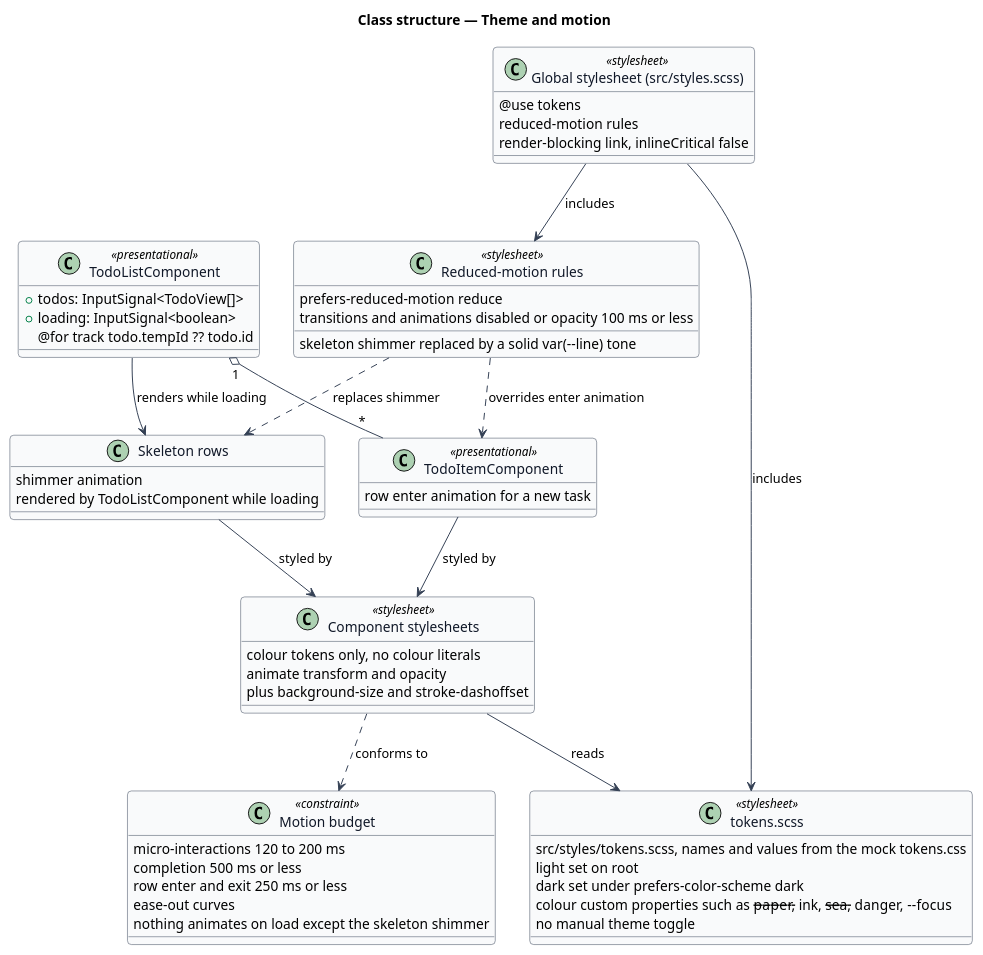
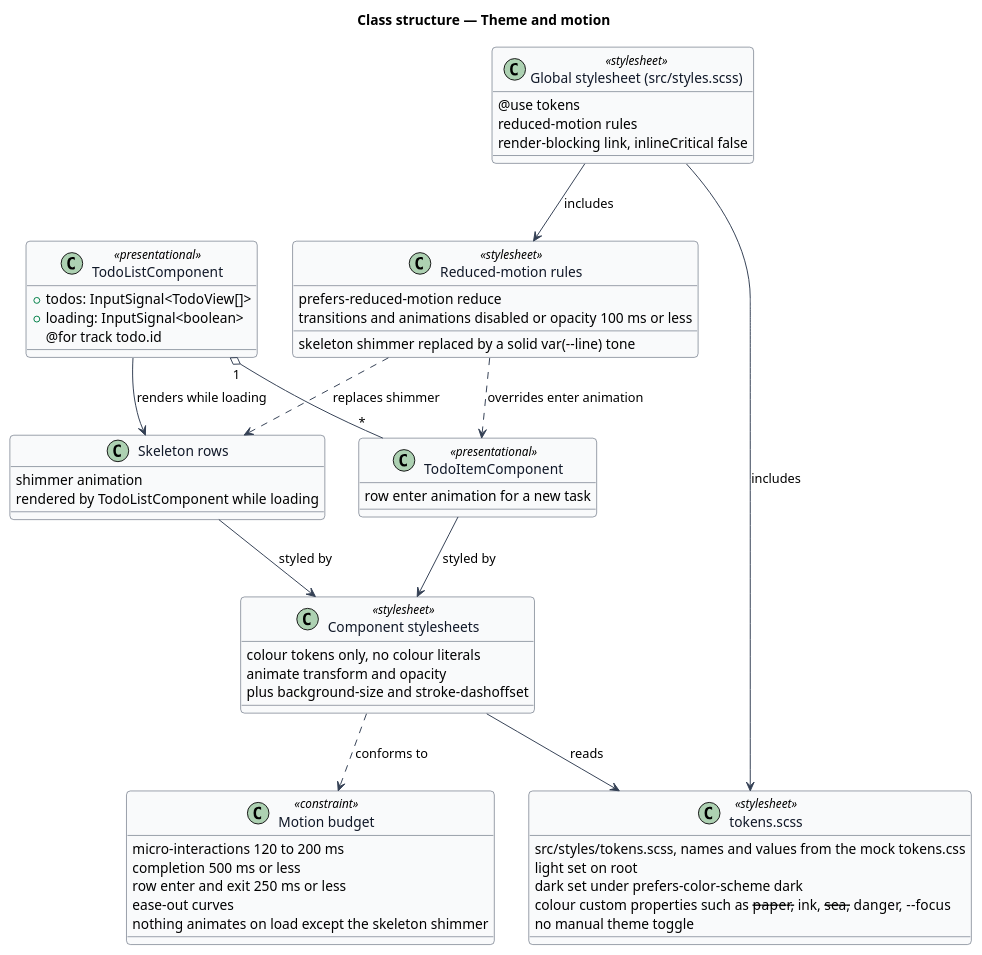
Before and after one commit to QuinntyneBrown/php-todo-lab: the diagram in docs/detailed-designs/interface/theme-and-motion/diagrams/class-structure.puml, drawn with PlantUML. The commit also changed 22 other files, not shown here.

```diff
--- a/docs/detailed-designs/interface/theme-and-motion/diagrams/class-structure.puml
+++ b/docs/detailed-designs/interface/theme-and-motion/diagrams/class-structure.puml
@@ -1,75 +1,75 @@
 @startuml
 ' --- shared skin header ---
 skinparam backgroundColor #FFFFFF
 skinparam shadowing false
 skinparam roundcorner 8
 skinparam defaultFontName Arial
 skinparam ArrowColor #344054
 skinparam class {
   BorderColor #344054
   FontColor #101828
   BackgroundColor #F9FAFB
 }
 ' --------------------------
 title Class structure — Theme and motion
 
 class "tokens.scss" as Tokens <<stylesheet>> {
   src/styles/tokens.scss, names and values from the mock tokens.css
   light set on root
   dark set under prefers-color-scheme dark
   colour custom properties such as --paper, --ink, --sea, --danger, --focus
   no manual theme toggle
 }
 
 class "Component stylesheets" as ComponentCss <<stylesheet>> {
   colour tokens only, no colour literals
   animate transform and opacity
   plus background-size and stroke-dashoffset
 }
 
 class "Motion budget" as Budget <<constraint>> {
   micro-interactions 120 to 200 ms
   completion 500 ms or less
   row enter and exit 250 ms or less
   ease-out curves
   nothing animates on load except the skeleton shimmer
 }
 
 class "Reduced-motion rules" as Reduced <<stylesheet>> {
   prefers-reduced-motion reduce
   transitions and animations disabled or opacity 100 ms or less
   skeleton shimmer replaced by a solid var(--line) tone
 }
 
 class TodoListComponent <<presentational>> {
   +todos: InputSignal<TodoView[]>
   +loading: InputSignal<boolean>
-  @for track todo.tempId ?? todo.id
+  @for track todo.id
 }
 
 class TodoItemComponent <<presentational>> {
   row enter animation for a new task
 }
 
 class "Skeleton rows" as Skeleton {
   shimmer animation
   rendered by TodoListComponent while loading
 }
 
 class "Global stylesheet (src/styles.scss)" as Global <<stylesheet>> {
   @use tokens
   reduced-motion rules
   render-blocking link, inlineCritical false
 }
 
 Global --> Tokens : includes
 Global --> Reduced : includes
 TodoListComponent "1" o-- "*" TodoItemComponent
 TodoListComponent --> Skeleton : renders while loading
 ComponentCss --> Tokens : reads
 ComponentCss ..> Budget : conforms to
 TodoItemComponent --> ComponentCss : styled by
 Skeleton --> ComponentCss : styled by
 Reduced ..> TodoItemComponent : overrides enter animation
 Reduced ..> Skeleton : replaces shimmer
 @enduml
```
